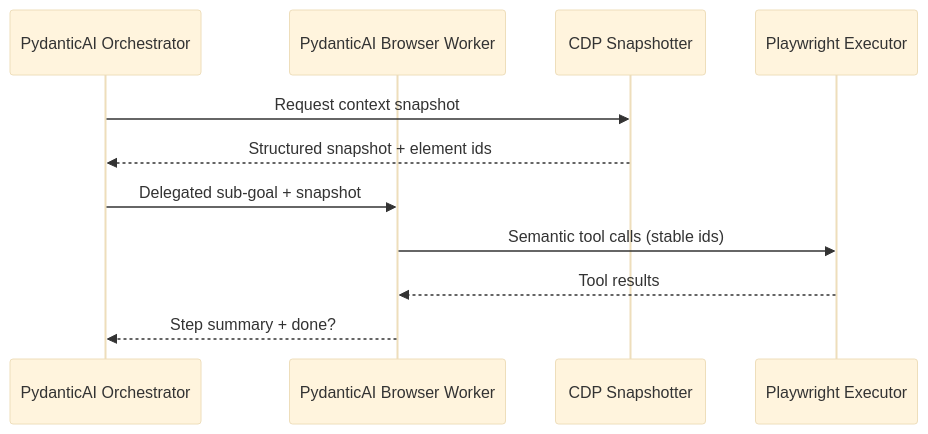
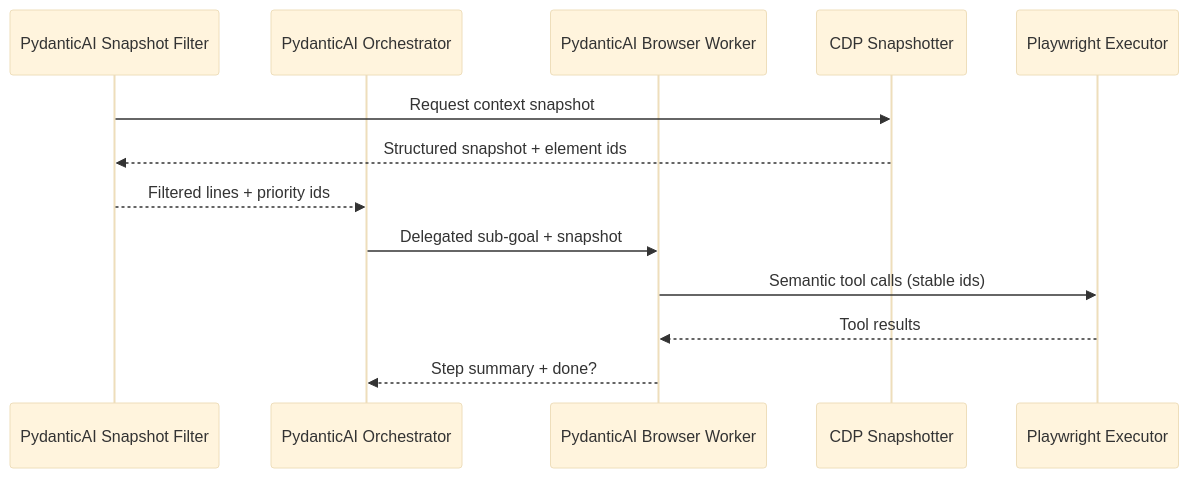
Before and after one commit to snehalyelmati/computer-use-perf: the second of 2 diagrams in README.md, drawn with Mermaid (base theme). The commit also changed other lines of this file and 13 other files, not shown here.

````diff
--- a/README.md
+++ b/README.md
@@ -76,14 +81,16 @@
 ```mermaid
 sequenceDiagram
+    participant Filter as PydanticAI Snapshot Filter
     participant Orchestrator as PydanticAI Orchestrator
     participant Worker as PydanticAI Browser Worker
     participant CDP as CDP Snapshotter
     participant PW as Playwright Executor
 
-    Orchestrator->>CDP: Request context snapshot
-    CDP-->>Orchestrator: Structured snapshot + element ids
+    Filter->>CDP: Request context snapshot
+    CDP-->>Filter: Structured snapshot + element ids
+    Filter-->>Orchestrator: Filtered lines + priority ids
     Orchestrator->>Worker: Delegated sub-goal + snapshot
     Worker->>PW: Semantic tool calls (stable ids)
     PW-->>Worker: Tool results
     Worker-->>Orchestrator: Step summary + done?
 ```
````
